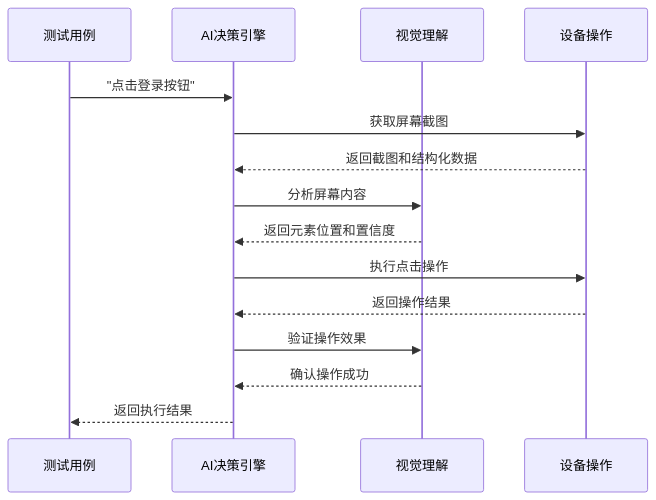
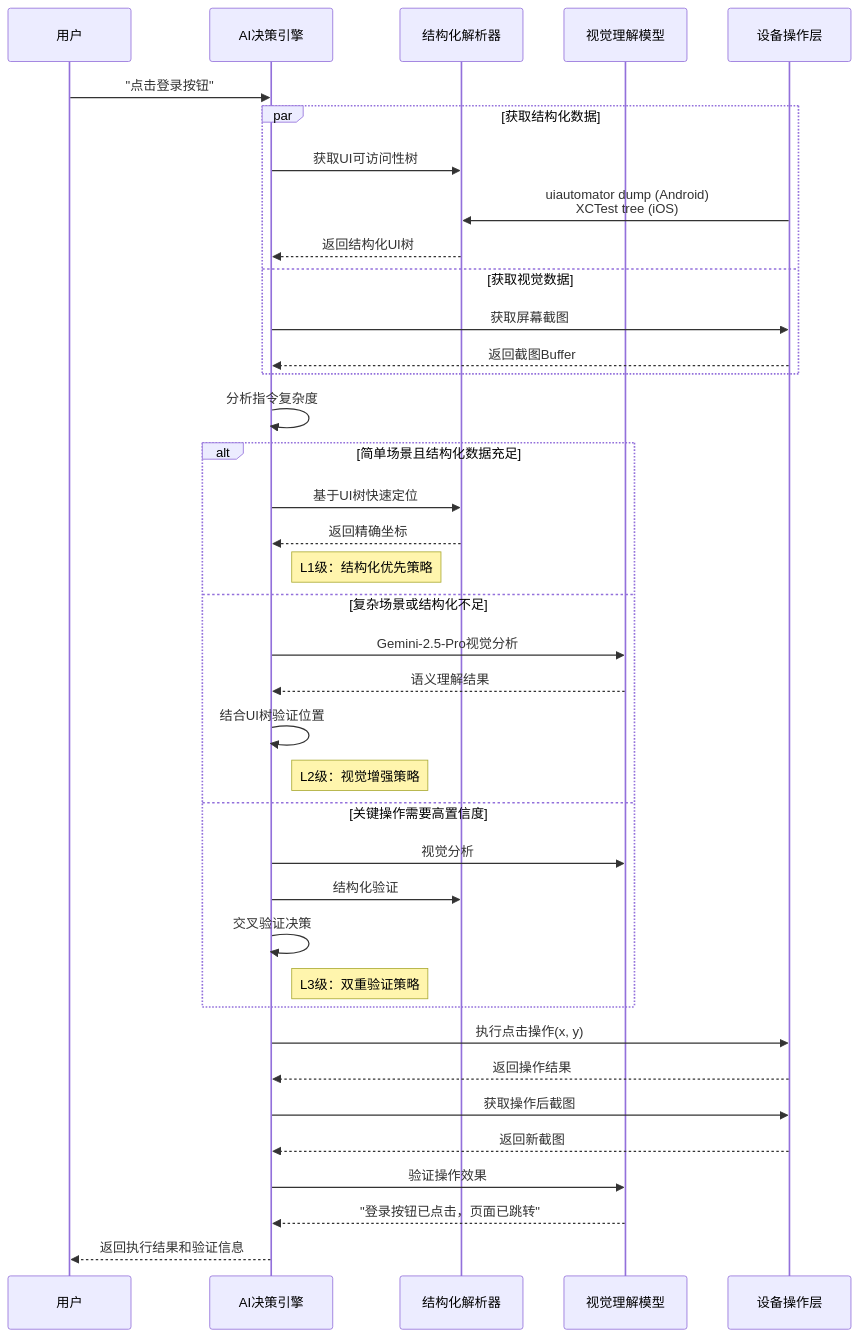
One commit to zhuozp/AI-UI- changed the eighth of 10 diagrams in Tech.md. Above: the diagram before and after it, drawn with Mermaid. The commit also changed other lines of this file, not shown here.

````diff
--- a/Tech.md
+++ b/Tech.md
@@ -234,18 +401,50 @@
 ```mermaid
 sequenceDiagram
-    participant User as 测试用例
+    participant User as 用户
     participant AI as AI决策引擎
-    participant Vision as 视觉理解
-    participant Device as 设备操作
+    participant Struct as 结构化解析器
+    participant Vision as 视觉理解模型
+    participant Device as 设备操作层
     
     User->>AI: "点击登录按钮"
-    AI->>Device: 获取屏幕截图
-    Device-->>AI: 返回截图和结构化数据
-    AI->>Vision: 分析屏幕内容
-    Vision-->>AI: 返回元素位置和置信度
-    AI->>Device: 执行点击操作
+    
+    %% 并行获取数据
+    par 获取结构化数据
+        AI->>Struct: 获取UI可访问性树
+        Device->>Struct: uiautomator dump (Android)<br/>XCTest tree (iOS)
+        Struct-->>AI: 返回结构化UI树
+    and 获取视觉数据
+        AI->>Device: 获取屏幕截图
+        Device-->>AI: 返回截图Buffer
+    end
+    
+    %% 混合分析决策
+    AI->>AI: 分析指令复杂度
+    
+    alt 简单场景且结构化数据充足
+        AI->>Struct: 基于UI树快速定位
+        Struct-->>AI: 返回精确坐标
+        Note right of AI: L1级：结构化优先策略
+    else 复杂场景或结构化不足
+        AI->>Vision: Gemini-2.5-Pro视觉分析
+        Vision-->>AI: 语义理解结果
+        AI->>AI: 结合UI树验证位置
+        Note right of AI: L2级：视觉增强策略
+    else 关键操作需要高置信度
+        AI->>Vision: 视觉分析
+        AI->>Struct: 结构化验证
+        AI->>AI: 交叉验证决策
+        Note right of AI: L3级：双重验证策略
+    end
+    
+    %% 执行操作
+    AI->>Device: 执行点击操作(x, y)
     Device-->>AI: 返回操作结果
+    
+    %% 结果验证
+    AI->>Device: 获取操作后截图
+    Device-->>AI: 返回新截图
     AI->>Vision: 验证操作效果
-    Vision-->>AI: 确认操作成功
-    AI-->>User: 返回执行结果
+    Vision-->>AI: "登录按钮已点击，页面已跳转"
+    AI-->>User: 返回执行结果和验证信息
 ```
````
